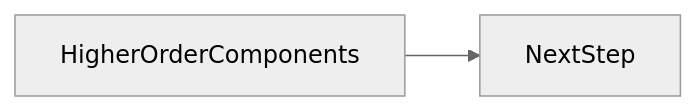
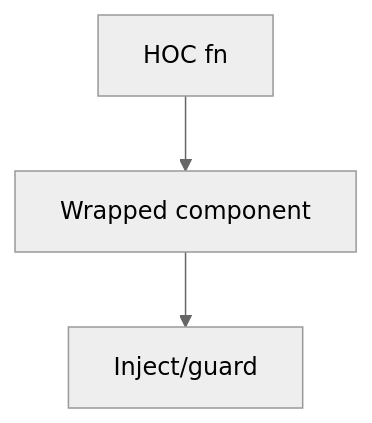
Before and after one commit to OmidJavaherii/Frontend-Engineering-Handbook: the second of 3 diagrams in docs/en/22-design-patterns/hoc/index.md, drawn with Mermaid (neutral theme). The commit also changed other lines of this file and 461 other files, not shown here.

````diff
--- a/docs/en/22-design-patterns/hoc/index.md
+++ b/docs/en/22-design-patterns/hoc/index.md
@@ -95,4 +111,5 @@
 ```mermaid
-flowchart LR
-  concept[HigherOrderComponents] --> nextStep[NextStep]
+flowchart TD
+  n0[HOC fn] --> n1[Wrapped component]
+  n1[Wrapped component] --> n2[Inject/guard]
 ```
````
